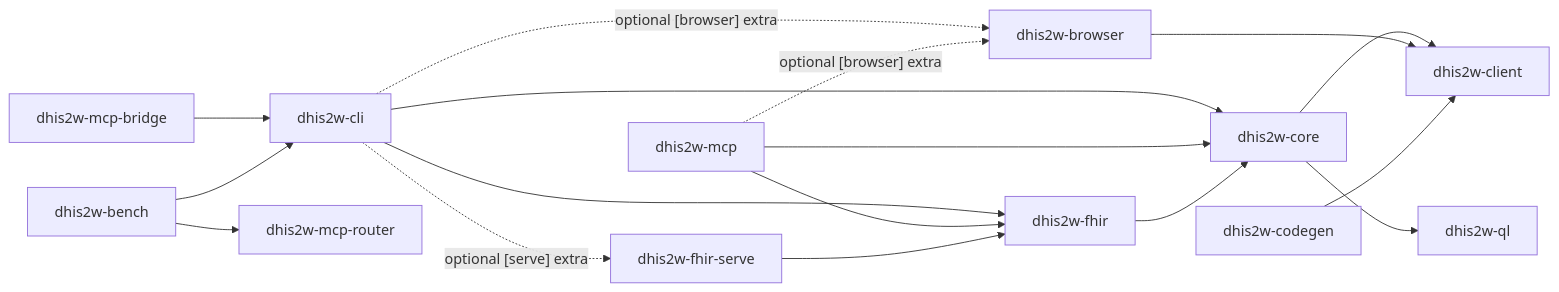
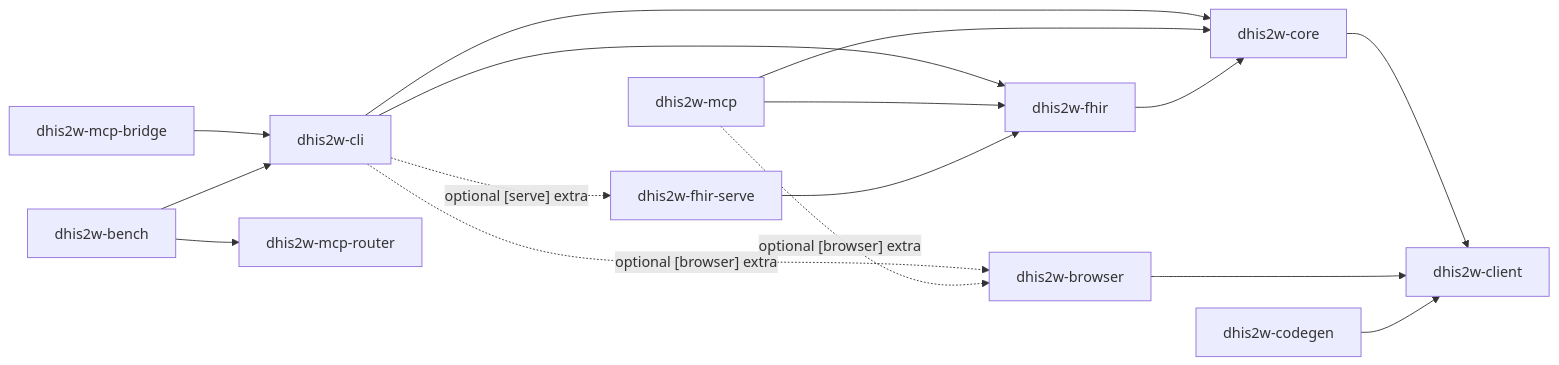
Before and after one commit to winterop-com/dhis2w: the diagram in docs/architecture/overview.md, drawn with Mermaid. The commit also changed other lines of this file and 174 other files, not shown here.

````diff
--- a/docs/architecture/overview.md
+++ b/docs/architecture/overview.md
@@ -57,32 +56,30 @@
 ```mermaid
 graph LR
     bench["dhis2w-bench"]
     bridge["dhis2w-mcp-bridge"]
     cli["dhis2w-cli"]
     mcp["dhis2w-mcp"]
     router["dhis2w-mcp-router"]
     core["dhis2w-core"]
-    ql["dhis2w-ql"]
     browser["dhis2w-browser"]
     codegen["dhis2w-codegen"]
     client["dhis2w-client"]
     fhir["dhis2w-fhir"]
     fhirserve["dhis2w-fhir-serve"]
 
     cli --> core
     mcp --> core
     cli --> fhir
     mcp --> fhir
     fhir --> core
     fhirserve --> fhir
     bridge --> cli
     bench --> cli
     bench --> router
     core --> client
-    core --> ql
     browser --> client
     codegen --> client
     cli -.->|"optional [browser] extra"| browser
     mcp -.->|"optional [browser] extra"| browser
     cli -.->|"optional [serve] extra"| fhirserve
 ```
````
